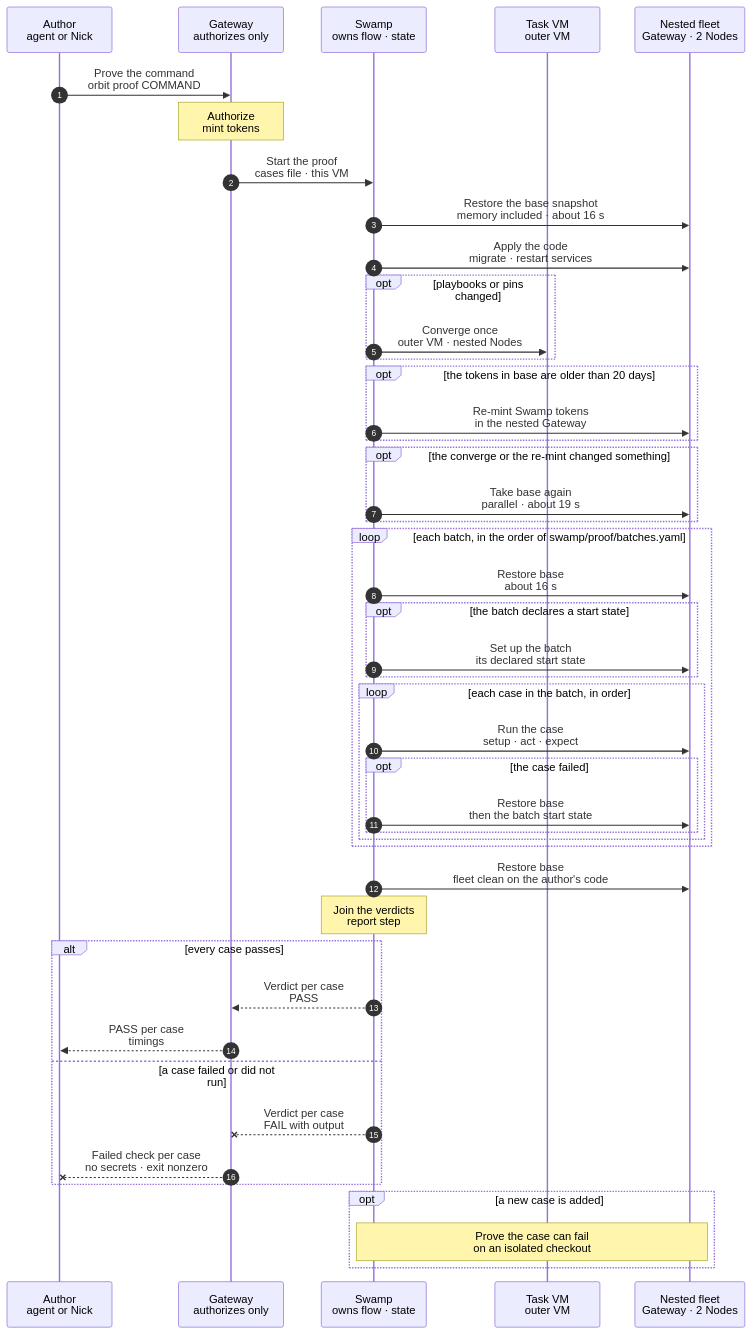
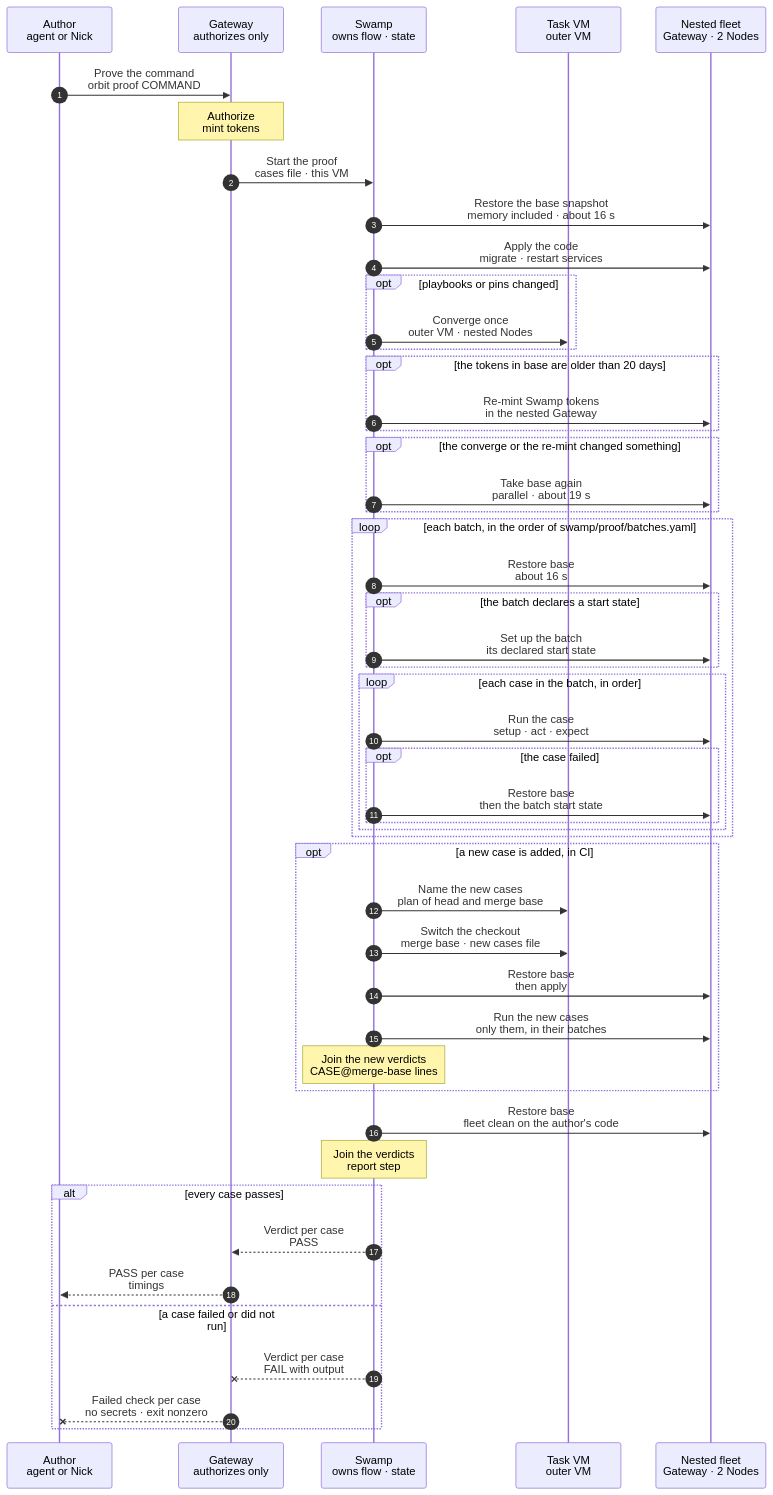
The diagram in docs/reference/pipeline/3-proof.mmd (hardimpactdev/orbit), drawn with Mermaid before and after one commit. The commit also changed 3 other files, not shown here.

First line of the commit message:
docs(proof): design how a new case is proven to fail, on the same proof VM (GAPS 11)

```diff
--- a/docs/reference/pipeline/3-proof.mmd
+++ b/docs/reference/pipeline/3-proof.mmd
@@ -104,6 +104,44 @@
       end
     end
   end
+  opt a new case is added, in CI
+    SW->>VM: Name the new cases<br/>plan of head and merge base
+    %%> Decided by the orchestrator, for Nick's review:
+    %%> - the proof CI (stage 4) proves it on the same proof VM, after the main verdicts, with no second VM: a second provision takes minutes
+    %%> - `orbit proof` never does this: switching the checkout would replace the author's own work
+    %%> When:
+    %%> - only when every main verdict passed; otherwise the run has failed already
+    %%> What it does:
+    %%> - a case is new when its id is in the plan of the head and not in the plan of the merge base
+    %%> - the Gateway puts `merge_base` (from GitHub's compare) and `head` in the intent; the clone of main in the VM holds the merge base; its plan is read in a second checkout that no VM mounts, removed again after
+    %%> - a command with no cases file at the merge base has only new cases; with no new case nothing more happens
+    %%> Limits, named here instead of hidden:
+    %%> - the merge-base code runs on the schema and the dependencies of the head: `base` was taken after the migrations of the head, `vendor/` stays, and processes that the apply does not restart keep the code of the head; the check accepts any failure with cause `assertion`
+    %%> - the CLI that a case runs on a Node is the one installed there, so the switch changes only what the mount shows
+    %%> - a runner step that the merge base lacks leaves the case `unrun` and fails the check, so one PR cannot add a step and a case that uses it; land the step first
+    %%> - a case of a new command fails at the merge base because its `act` errors, which proves little
+    %%> - it complements the `negative` key of [verification cases](/reference/verification-cases#prove-a-case-can-fail): that proves an expectation can fail by breaking the effect after `act`; this proves the case needs the new code
+    SW->>VM: Switch the checkout<br/>merge base · new cases file
+    %%> What it does:
+    %%> - the one checkout of the proof VM switches to the merge base, with only the cases file of the command and `swamp/proof/batches.yaml` taken from the head
+    %%> - the nested VMs mount that checkout over NFS, so they need no second export; a step reads `git rev-parse HEAD` in the nested Gateway and the run stops unless it is the merge base
+    SW->>NT: Restore base<br/>then apply
+    %%> What it does:
+    %%> - the restore of `base` that every batch uses: restore, clocks, readiness, then the apply step, now on the merge-base code
+    SW->>NT: Run the new cases<br/>only them, in their batches
+    %%> What it does:
+    %%> - the batches of the plan that hold a new case, in order; the first starts from the restore above, each later one restores `base` itself
+    Note over SW: Join the new verdicts<br/>CASE@merge-base lines
+    %%> What it does:
+    %%> - the check passes when every new case ends `failed` with cause `assertion`; the report step joins one line for each new case, `CASE@merge-base`, `passed` when it failed that way and `failed` when it passed, ended otherwise or printed no line
+    %%> - the Gateway records these lines as rows of the command, so a new case that does not fail fails the run; the old cases do not run again
+    %%> Why:
+    %%> - a case that passes without the code it covers proves nothing; ADR 0163 asks the same of a task deliverable (`fails_on_base`)
+    %%> - the VM is destroyed after the run, so no live checkout is changed
+    %%> Not built:
+    %%> - all of the above in `proof-fleet-verify`, and `merge_base` and `head` in the intent of `proof:run`
+    %%> - exercising the CI gate with a known failing case (stage 4)
+  end
   SW->>NT: Restore base<br/>fleet clean on the author's code
   %%> Why:
   %%> - the author keeps developing on a clean fleet that already runs the latest code; nothing switches back
@@ -129,11 +167,3 @@
     %%> - the line names the failed check; the receipt in this task VM has the rest
     %%> - in CI (stage 4) the proof VM is destroyed, so only the verdict lines stay; the author reruns `orbit proof` in their own task VM for the full receipt
   end
-  opt a new case is added
-    Note over SW,NT: Prove the case can fail<br/>on an isolated checkout
-    %%> What it does:
-    %%> - removes the mutation on an isolated checkout and confirms the functional assertion fails
-    %%> - never mutates a live installation
-    %%> Not built:
-    %%> - exercising the CI gate with a known failing case (stage 4)
-  end
```
